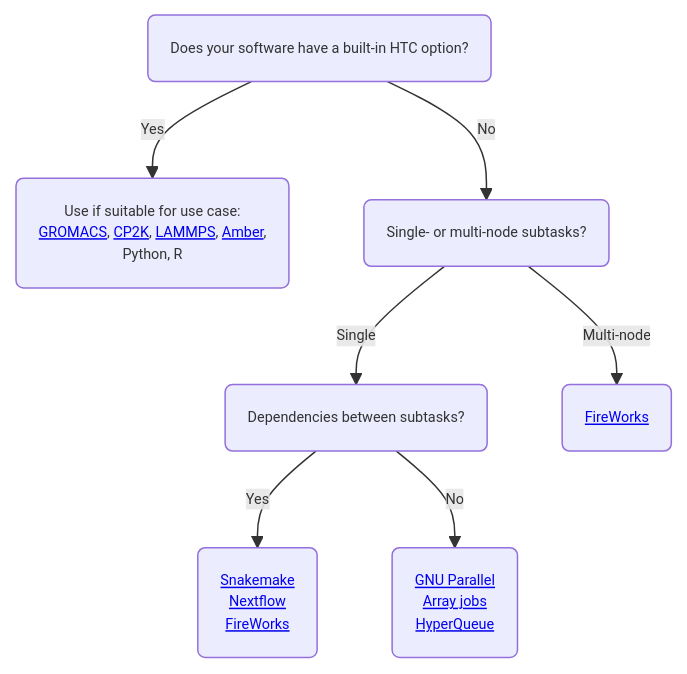
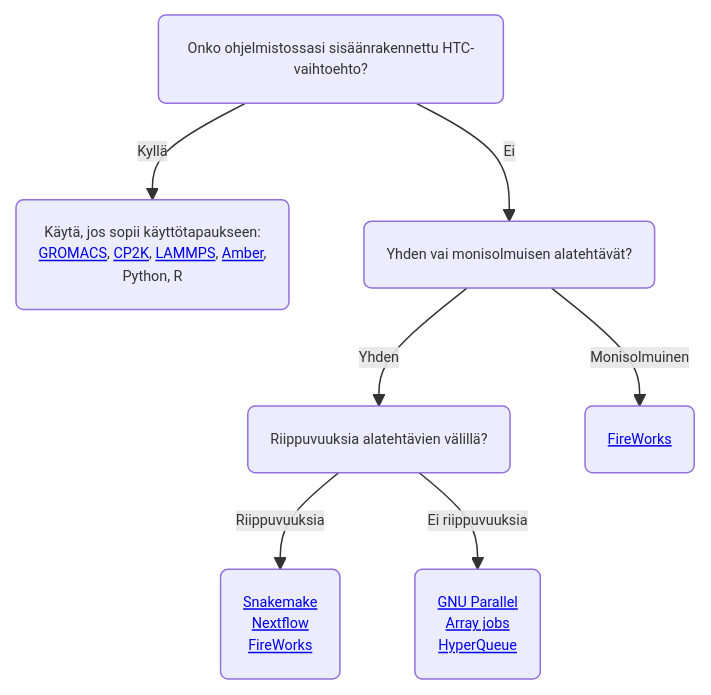
The first of 2 diagrams in docs/computing/running/throughput.md (CSCfi/csc-user-guide), drawn with Mermaid before and after one commit. The commit also changed other lines of this file and 472 other files, not shown here.

````diff
--- a/docs/computing/running/throughput.md
+++ b/docs/computing/running/throughput.md
@@ -53,10 +23,10 @@
 ```mermaid
 %%{init: {'theme': 'default', 'themeVariables': { 'fontSize': '0.6rem'}}}%%
 graph TD
-    C(Does your software have a built-in HTC option?) -->|Yes| D("Use if suitable for use case:<br><a href='/support/tutorials/gromacs-throughput/'>GROMACS</a>, <a href='/apps/cp2k/#high-throughput-computing-with-cp2k'>CP2K</a>, <a href='/apps/lammps/#high-throughput-computing-with-lammps'>LAMMPS</a>, <a href='/apps/amber/#high-throughput-computing-with-amber'>Amber</a>,<br> Python, R ")
-    C -->|No| E(Single- or multi-node subtasks?)
-    E -->|Single| F(Dependencies between subtasks?)
-    E -->|Multi-node| G(<a href='/computing/running/fireworks/'>FireWorks</a>)
-    F -->|Yes| J(<a href='https://snakemake.readthedocs.io/en/stable/'>Snakemake</a><br><a href='/support/tutorials/nextflow-tutorial/'>Nextflow</a><br><a href='/computing/running/fireworks/'>FireWorks</a>)
-    F -->|No| K(<a href='/support/tutorials/many/'>GNU Parallel</a><br><a href='/computing/running/array-jobs/'>Array jobs</a><br><a href='/apps/hyperqueue/'>HyperQueue</a>)
+    C(Onko ohjelmistossasi sisäänrakennettu HTC-vaihtoehto?) -->|Kyllä| D("Käytä, jos sopii käyttötapaukseen:<br><a href='/support/tutorials/gromacs-throughput/'>GROMACS</a>, <a href='/apps/cp2k/#high-throughput-computing-with-cp2k'>CP2K</a>, <a href='/apps/lammps/#high-throughput-computing-with-lammps'>LAMMPS</a>, <a href='/apps/amber/#high-throughput-computing-with-amber'>Amber</a>,<br> Python, R")
+    C -->|Ei| E(Yhden vai monisolmuisen alatehtävät?)
+    E -->|Yhden| F(Riippuvuuksia alatehtävien välillä?)
+    E -->|Monisolmuinen| G(<a href='/computing/running/fireworks/'>FireWorks</a>)
+    F -->|Riippuvuuksia| J(<a href='https://snakemake.readthedocs.io/en/stable/'>Snakemake</a><br><a href='/support/tutorials/nextflow-tutorial/'>Nextflow</a><br><a href='/computing/running/fireworks/'>FireWorks</a>)
+    F -->|Ei riippuvuuksia| K(<a href='/support/tutorials/many/'>GNU Parallel</a><br><a href='/computing/running/array-jobs/'>Array jobs</a><br><a href='/apps/hyperqueue/'>HyperQueue</a>)
 ```
````
